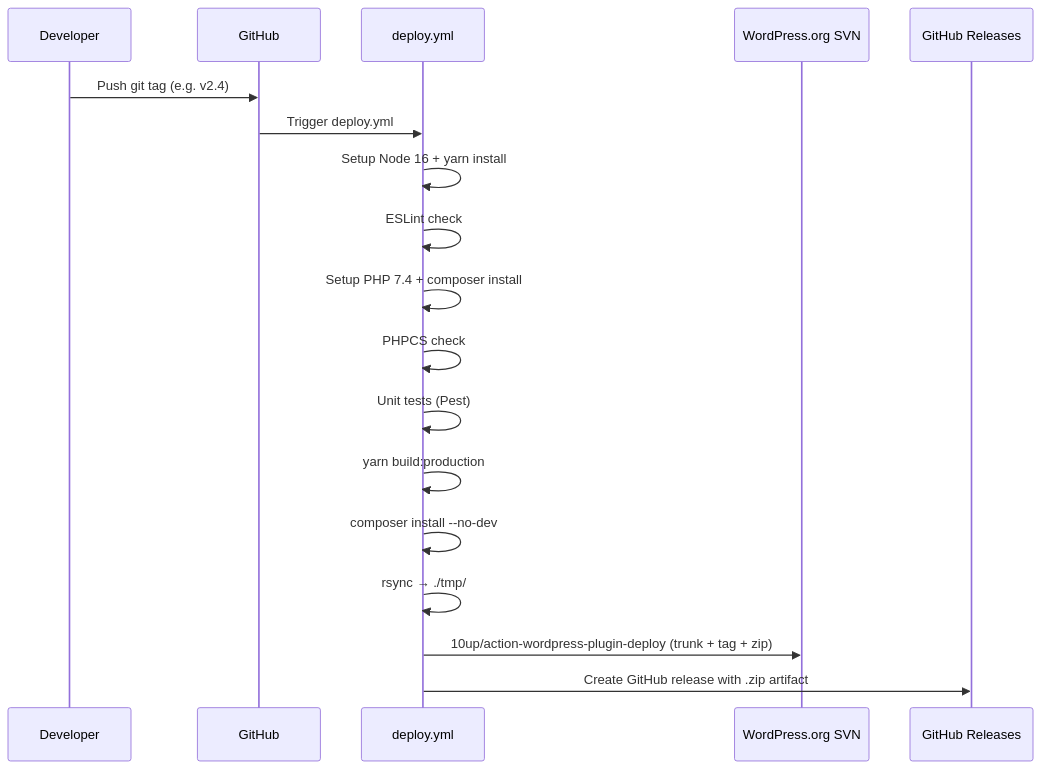
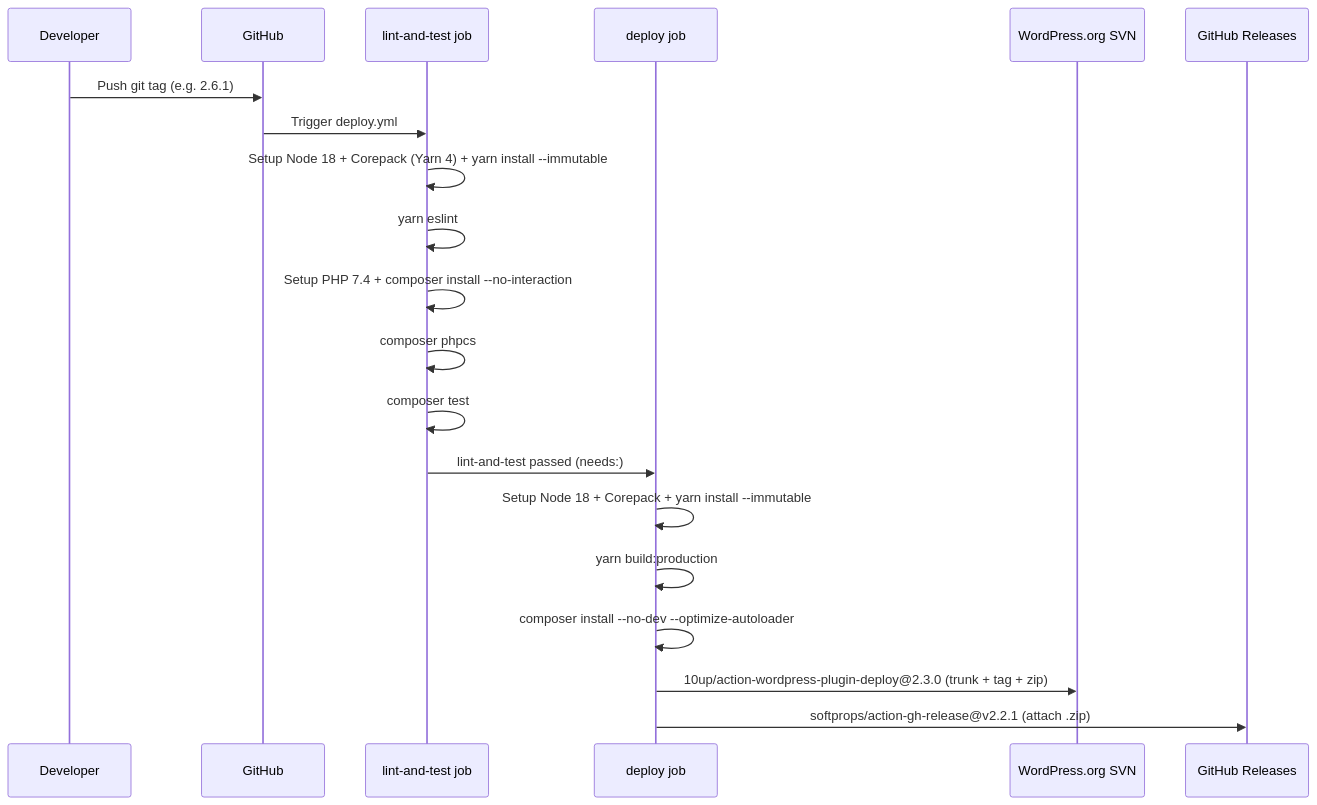
Before and after one commit to axeptio/wordpress-plugin: the diagram in docs/deployment/workflows.md, drawn with Mermaid. The commit also changed other lines of this file and 2 other files, not shown here.

````diff
--- a/docs/deployment/workflows.md
+++ b/docs/deployment/workflows.md
@@ -14,21 +14,23 @@
 ```mermaid
 sequenceDiagram
     participant Dev as Developer
     participant GH as GitHub
-    participant CI as deploy.yml
+    participant LA as lint-and-test job
+    participant DJ as deploy job
     participant SVN as WordPress.org SVN
     participant GHR as GitHub Releases
 
-    Dev->>GH: Push git tag (e.g. v2.4)
-    GH->>CI: Trigger deploy.yml
-    CI->>CI: Setup Node 16 + yarn install
-    CI->>CI: ESLint check
-    CI->>CI: Setup PHP 7.4 + composer install
-    CI->>CI: PHPCS check
-    CI->>CI: Unit tests (Pest)
-    CI->>CI: yarn build:production
-    CI->>CI: composer install --no-dev
-    CI->>CI: rsync → ./tmp/
-    CI->>SVN: 10up/action-wordpress-plugin-deploy (trunk + tag + zip)
-    CI->>GHR: Create GitHub release with .zip artifact
+    Dev->>GH: Push git tag (e.g. 2.6.1)
+    GH->>LA: Trigger deploy.yml
+    LA->>LA: Setup Node 18 + Corepack (Yarn 4) + yarn install --immutable
+    LA->>LA: yarn eslint
+    LA->>LA: Setup PHP 7.4 + composer install --no-interaction
+    LA->>LA: composer phpcs
+    LA->>LA: composer test
+    LA->>DJ: lint-and-test passed (needs:)
+    DJ->>DJ: Setup Node 18 + Corepack + yarn install --immutable
+    DJ->>DJ: yarn build:production
+    DJ->>DJ: composer install --no-dev --optimize-autoloader
+    DJ->>SVN: 10up/action-wordpress-plugin-deploy@2.3.0 (trunk + tag + zip)
+    DJ->>GHR: softprops/action-gh-release@v2.2.1 (attach .zip)
 ```
````
